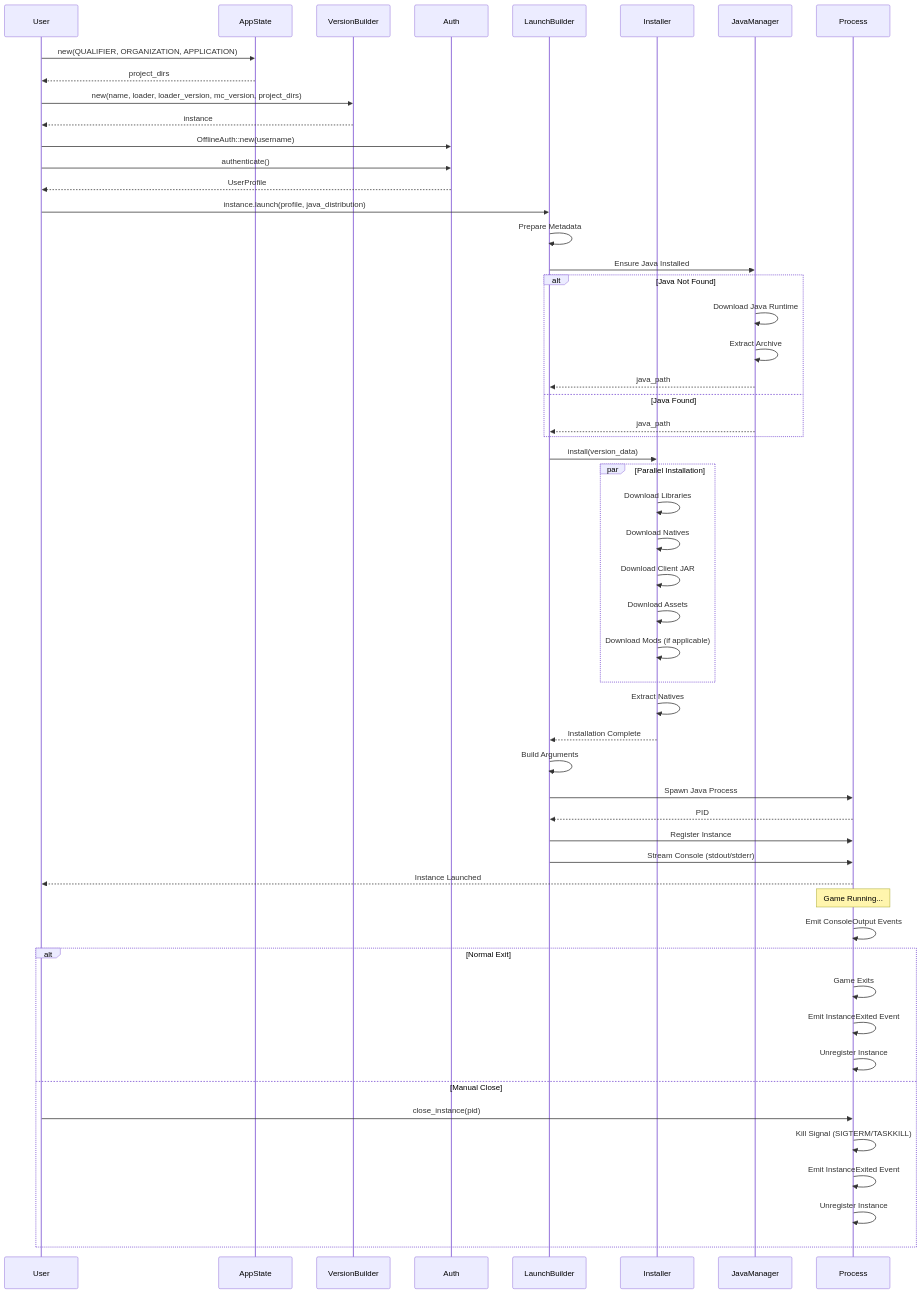
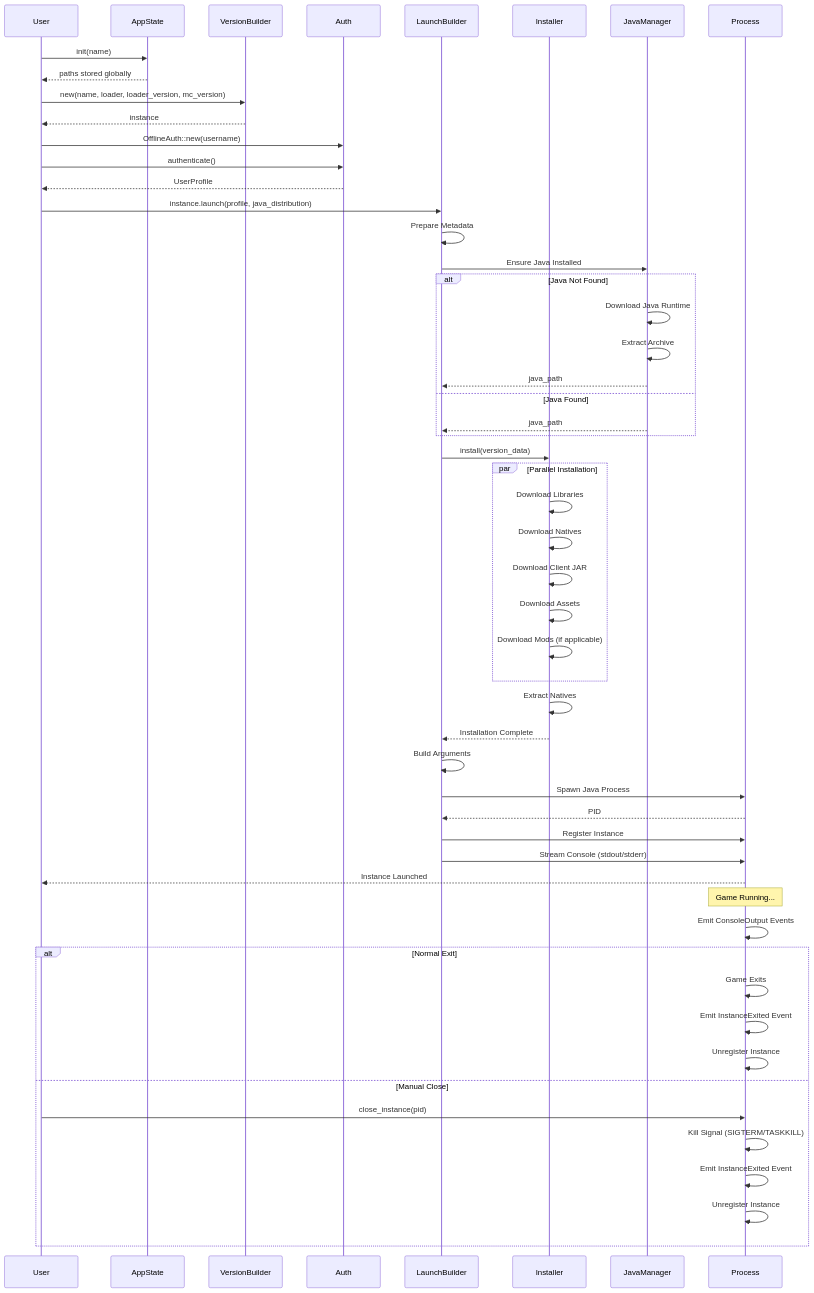
Before and after one commit to miguelkix30/LightyLauncherLib: the first of 11 diagrams in docs/sequence-diagrams.md, drawn with Mermaid. The commit also changed other lines of this file and 114 other files, not shown here.

````diff
--- a/docs/sequence-diagrams.md
+++ b/docs/sequence-diagrams.md
@@ -5,71 +5,71 @@
 ```mermaid
 sequenceDiagram
     participant User
     participant AppState
     participant VersionBuilder
     participant Auth
     participant LaunchBuilder
     participant Installer
     participant JavaManager
     participant Process
 
-    User->>AppState: new(QUALIFIER, ORGANIZATION, APPLICATION)
-    AppState-->>User: project_dirs
+    User->>AppState: init(name)
+    AppState-->>User: paths stored globally
 
-    User->>VersionBuilder: new(name, loader, loader_version, mc_version, project_dirs)
+    User->>VersionBuilder: new(name, loader, loader_version, mc_version)
     VersionBuilder-->>User: instance
 
     User->>Auth: OfflineAuth::new(username)
     User->>Auth: authenticate()
     Auth-->>User: UserProfile
 
     User->>LaunchBuilder: instance.launch(profile, java_distribution)
 
     LaunchBuilder->>LaunchBuilder: Prepare Metadata
     LaunchBuilder->>JavaManager: Ensure Java Installed
 
     alt Java Not Found
         JavaManager->>JavaManager: Download Java Runtime
         JavaManager->>JavaManager: Extract Archive
         JavaManager-->>LaunchBuilder: java_path
     else Java Found
         JavaManager-->>LaunchBuilder: java_path
     end
 
     LaunchBuilder->>Installer: install(version_data)
 
     par Parallel Installation
         Installer->>Installer: Download Libraries
         Installer->>Installer: Download Natives
         Installer->>Installer: Download Client JAR
         Installer->>Installer: Download Assets
         Installer->>Installer: Download Mods (if applicable)
     end
 
     Installer->>Installer: Extract Natives
     Installer-->>LaunchBuilder: Installation Complete
 
     LaunchBuilder->>LaunchBuilder: Build Arguments
     LaunchBuilder->>Process: Spawn Java Process
     Process-->>LaunchBuilder: PID
 
     LaunchBuilder->>Process: Register Instance
     LaunchBuilder->>Process: Stream Console (stdout/stderr)
 
     Process-->>User: Instance Launched
 
     Note over Process: Game Running...
 
     Process->>Process: Emit ConsoleOutput Events
 
     alt Normal Exit
         Process->>Process: Game Exits
         Process->>Process: Emit InstanceExited Event
         Process->>Process: Unregister Instance
     else Manual Close
         User->>Process: close_instance(pid)
         Process->>Process: Kill Signal (SIGTERM/TASKKILL)
         Process->>Process: Emit InstanceExited Event
         Process->>Process: Unregister Instance
     end
 ```
````
